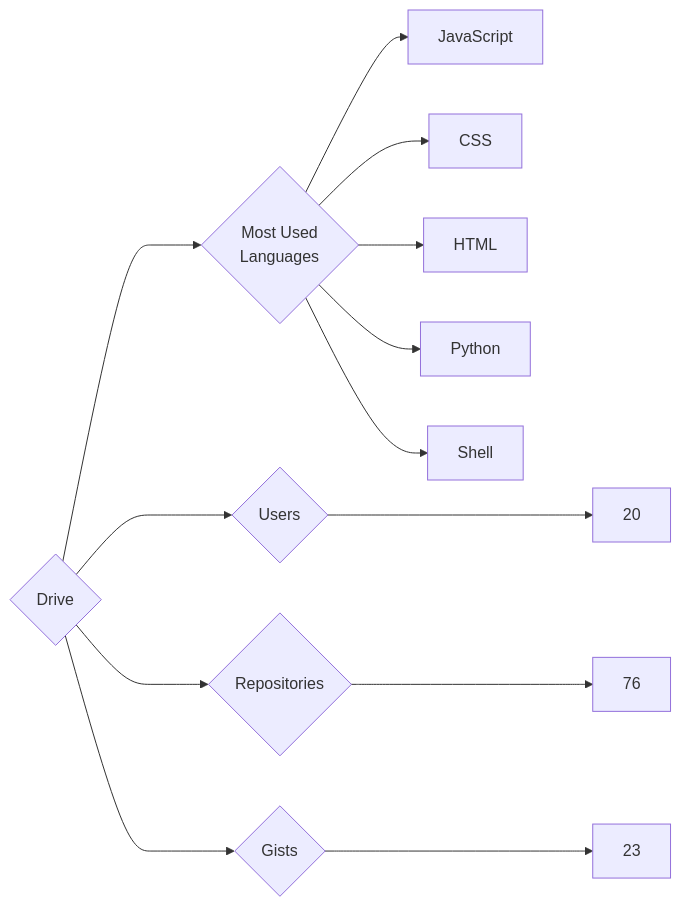
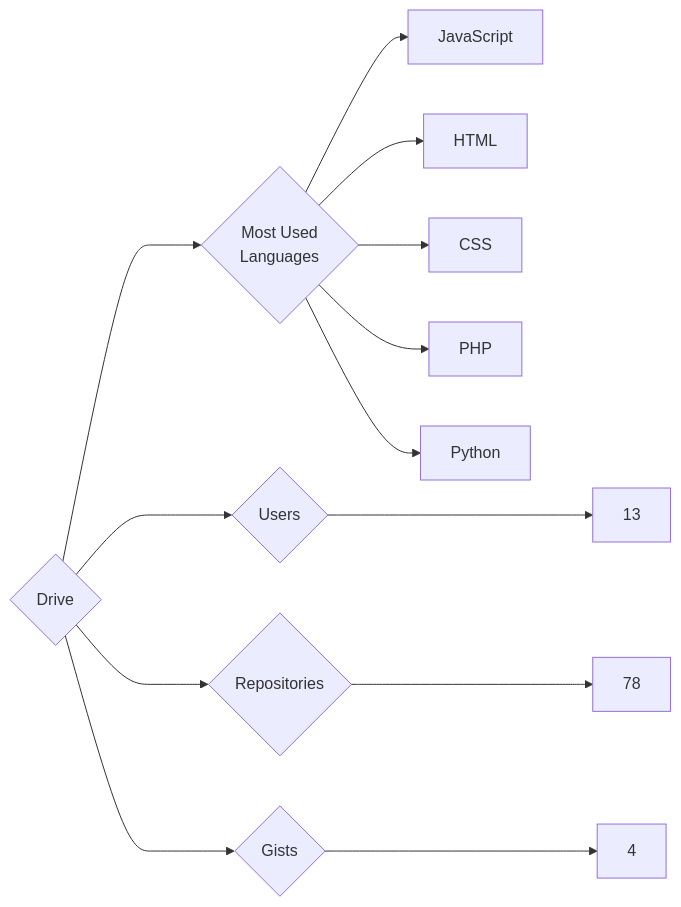
Before and after one commit to trickest/insiders: the diagram in targets/Drive/README.md, drawn with Mermaid. The commit also changed 723 other files, not shown here.

````diff
--- a/targets/Drive/README.md
+++ b/targets/Drive/README.md
@@ -3,13 +3,13 @@
 ```mermaid
 graph LR
 COMPANY_NAME{Drive}
-COMPANY_NAME ---> U{Users} ---> UN[20]
-COMPANY_NAME ---> R{Repositories} ---> RN[76]
-COMPANY_NAME ---> G{Gists} ---> GN[23]
+COMPANY_NAME ---> U{Users} ---> UN[13]
+COMPANY_NAME ---> R{Repositories} ---> RN[78]
+COMPANY_NAME ---> G{Gists} ---> GN[4]
 COMPANY_NAME ---> ML{Most Used<br>Languages}
 ML --> JavaScript[JavaScript]
+ML --> HTML[HTML]
 ML --> CSS[CSS]
-ML --> HTML[HTML]
+ML --> PHP[PHP]
 ML --> Python[Python]
-ML --> Shell[Shell]
 ```
````
